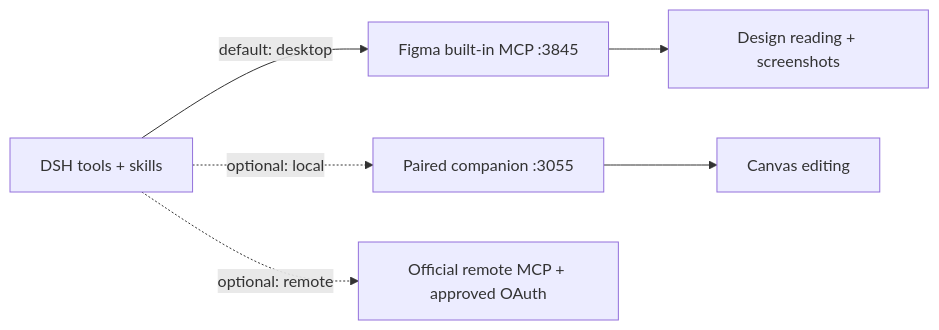
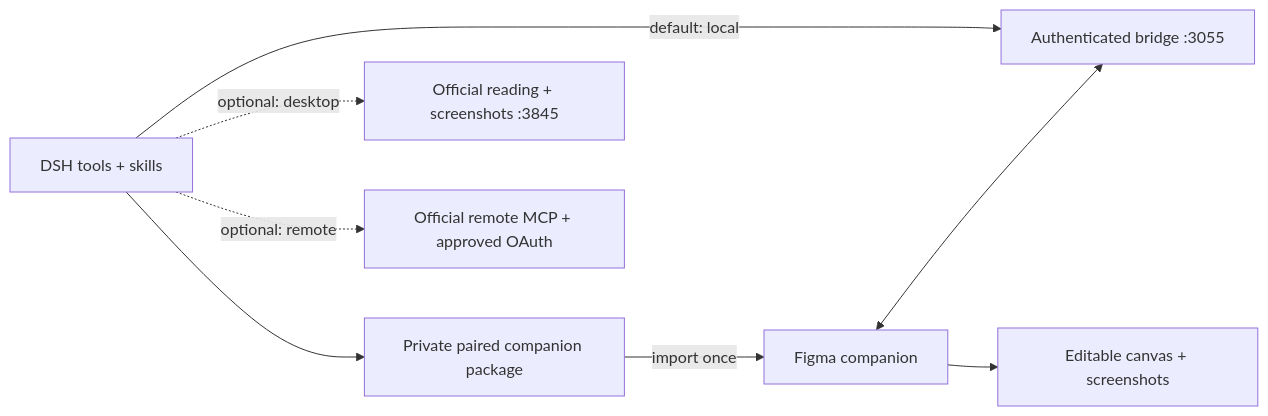
The diagram in README.md (Duoasa/DSH-to-Figma), drawn with Mermaid before and after one commit. The commit also changed other lines of this file and 25 other files, not shown here.

Commit message:
Default to local mode with automatically paired Figma companion

````diff
--- a/README.md
+++ b/README.md
@@ -60,8 +60,10 @@
 ```mermaid
 flowchart LR
-    A[DSH tools + skills] -->|default: desktop| B[Figma built-in MCP :3845]
-    B --> C[Design reading + screenshots]
-    A -. optional: local .-> D[Paired companion :3055]
-    D --> E[Canvas editing]
-    A -. optional: remote .-> F[Official remote MCP + approved OAuth]
+    A[DSH tools + skills] -->|default: local| B[Authenticated bridge :3055]
+    A --> C[Private paired companion package]
+    C -->|import once| D[Figma companion]
+    D <--> B
+    D --> E[Editable canvas + screenshots]
+    A -. optional: desktop .-> F[Official reading + screenshots :3845]
+    A -. optional: remote .-> G[Official remote MCP + approved OAuth]
 ```
````
